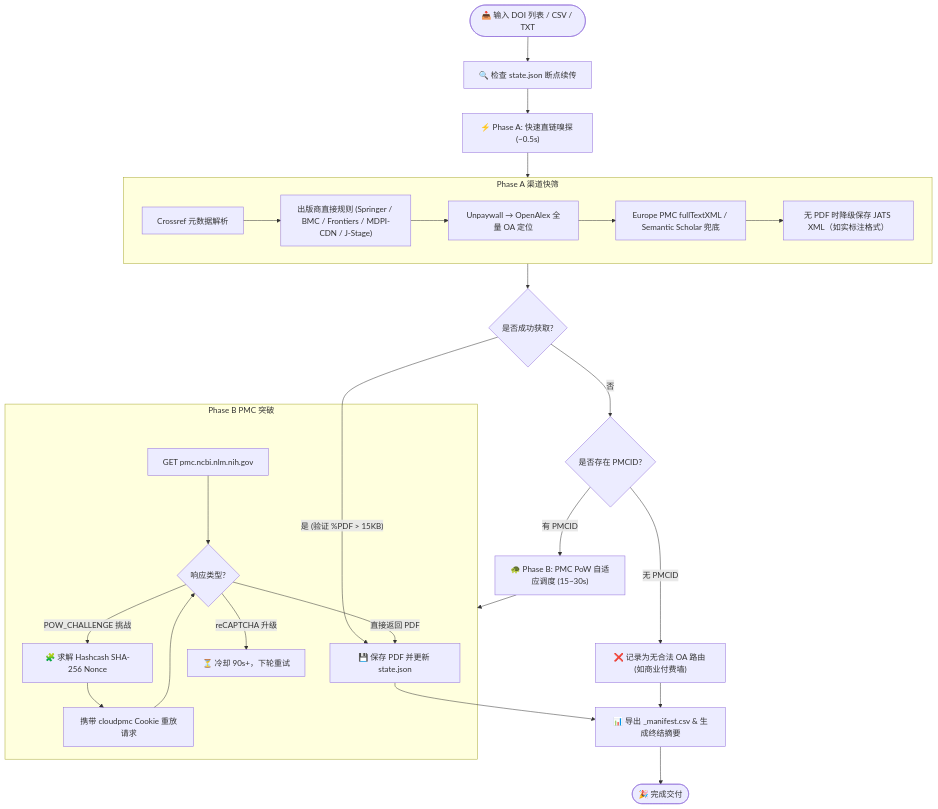
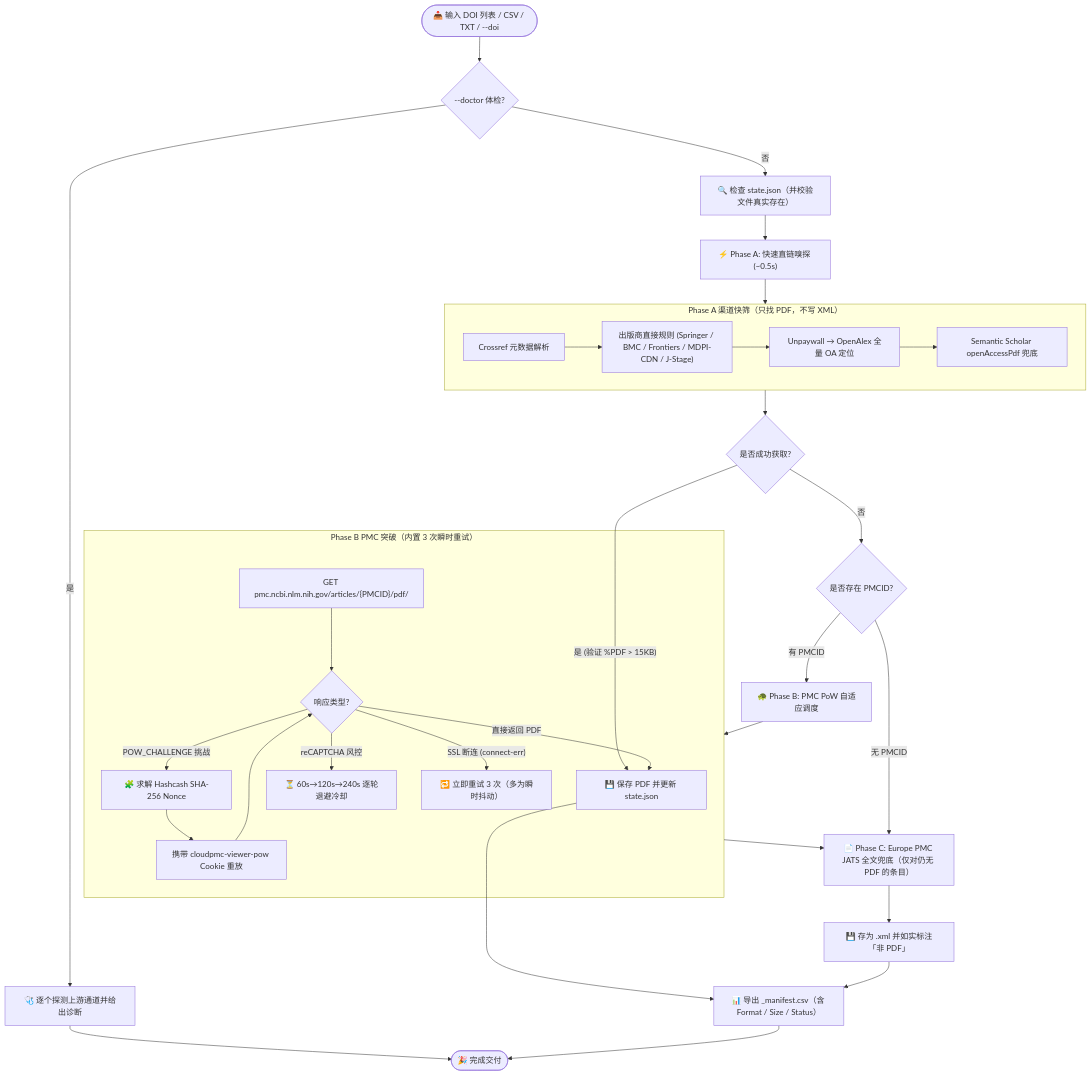
The diagram in README.md (JL666788/oa-pdf-download), drawn with Mermaid before and after one commit. The commit also changed other lines of this file and 5 other files, not shown here.

First line of the commit message:
fix(pipeline): run XML fallback after PMC, retry PMC TLS drops, add --doctor

````diff
--- a/README.md
+++ b/README.md
@@ -59,34 +66,39 @@
 ```mermaid
 flowchart TD
-    Start(["📥 输入 DOI 列表 / CSV / TXT"]) --> LoadState["🔍 检查 state.json 断点续传"]
+    Start(["📥 输入 DOI 列表 / CSV / TXT / --doi"]) --> Doctor{"--doctor 体检?"}
+    Doctor -- "是" --> Diag["🩺 逐个探测上游通道并给出诊断"] --> End
+    Doctor -- "否" --> LoadState["🔍 检查 state.json（并校验文件真实存在）"]
     LoadState --> PhaseA["⚡ Phase A: 快速直链嗅探 (~0.5s)"]
-    
-    subgraph PhaseA_Detail ["Phase A 渠道快筛"]
+
+    subgraph PhaseA_Detail ["Phase A 渠道快筛（只找 PDF，不写 XML）"]
         PA1["Crossref 元数据解析"] --> PA2["出版商直接规则 (Springer / BMC / Frontiers / MDPI-CDN / J-Stage)"]
         PA2 --> PA3["Unpaywall → OpenAlex 全量 OA 定位"]
-        PA3 --> PA4["Europe PMC fullTextXML / Semantic Scholar 兜底"]
-        PA4 --> PA5["无 PDF 时降级保存 JATS XML（如实标注格式）"]
+        PA3 --> PA4["Semantic Scholar openAccessPdf 兜底"]
     end
     PhaseA --> PhaseA_Detail
     PhaseA_Detail --> CheckA{"是否成功获取?"}
-    
+
     CheckA -- "是 (验证 %PDF > 15KB)" --> SavePDF["💾 保存 PDF 并更新 state.json"]
     CheckA -- "否" --> CheckPMC{"是否存在 PMCID?"}
-    
-    CheckPMC -- "有 PMCID" --> PhaseB["🐢 Phase B: PMC PoW 自适应调度 (15~30s)"]
-    CheckPMC -- "无 PMCID" --> FailList["❌ 记录为无合法 OA 路由 (如商业付费墙)"]
-    
-    subgraph PhaseB_Detail ["Phase B PMC 突破"]
-        PB1["GET pmc.ncbi.nlm.nih.gov"] --> PB2{"响应类型?"}
+
+    CheckPMC -- "有 PMCID" --> PhaseB["🐢 Phase B: PMC PoW 自适应调度"]
+    CheckPMC -- "无 PMCID" --> PhaseC
+
+    subgraph PhaseB_Detail ["Phase B PMC 突破（内置 3 次瞬时重试）"]
+        PB1["GET pmc.ncbi.nlm.nih.gov/articles/{PMCID}/pdf/"] --> PB2{"响应类型?"}
         PB2 -- "直接返回 PDF" --> SavePDF
         PB2 -- "POW_CHALLENGE 挑战" --> PB3["🧩 求解 Hashcash SHA-256 Nonce"]
-        PB3 --> PB4["携带 cloudpmc Cookie 重放请求"]
+        PB3 --> PB4["携带 cloudpmc-viewer-pow Cookie 重放"]
         PB4 --> PB2
-        PB2 -- "reCAPTCHA 升级" --> PB5["⏳ 冷却 90s+，下轮重试"]
+        PB2 -- "reCAPTCHA 风控" --> PB5["⏳ 60s→120s→240s 逐轮退避冷却"]
+        PB2 -- "SSL 断连 (connect-err)" --> PB6["🔁 立即重试 3 次（多为瞬时抖动）"]
     end
     PhaseB --> PhaseB_Detail
-    
-    SavePDF --> Manifest["📊 导出 _manifest.csv & 生成终结摘要"]
-    FailList --> Manifest
+
+    PhaseB_Detail --> PhaseC["📄 Phase C: Europe PMC JATS 全文兜底（仅对仍无 PDF 的条目）"]
+    PhaseC --> SaveXML["💾 存为 .xml 并如实标注「非 PDF」"]
+
+    SavePDF --> Manifest["📊 导出 _manifest.csv（含 Format / Size / Status）"]
+    SaveXML --> Manifest
     Manifest --> End(["🎉 完成交付"])
 ```
````
